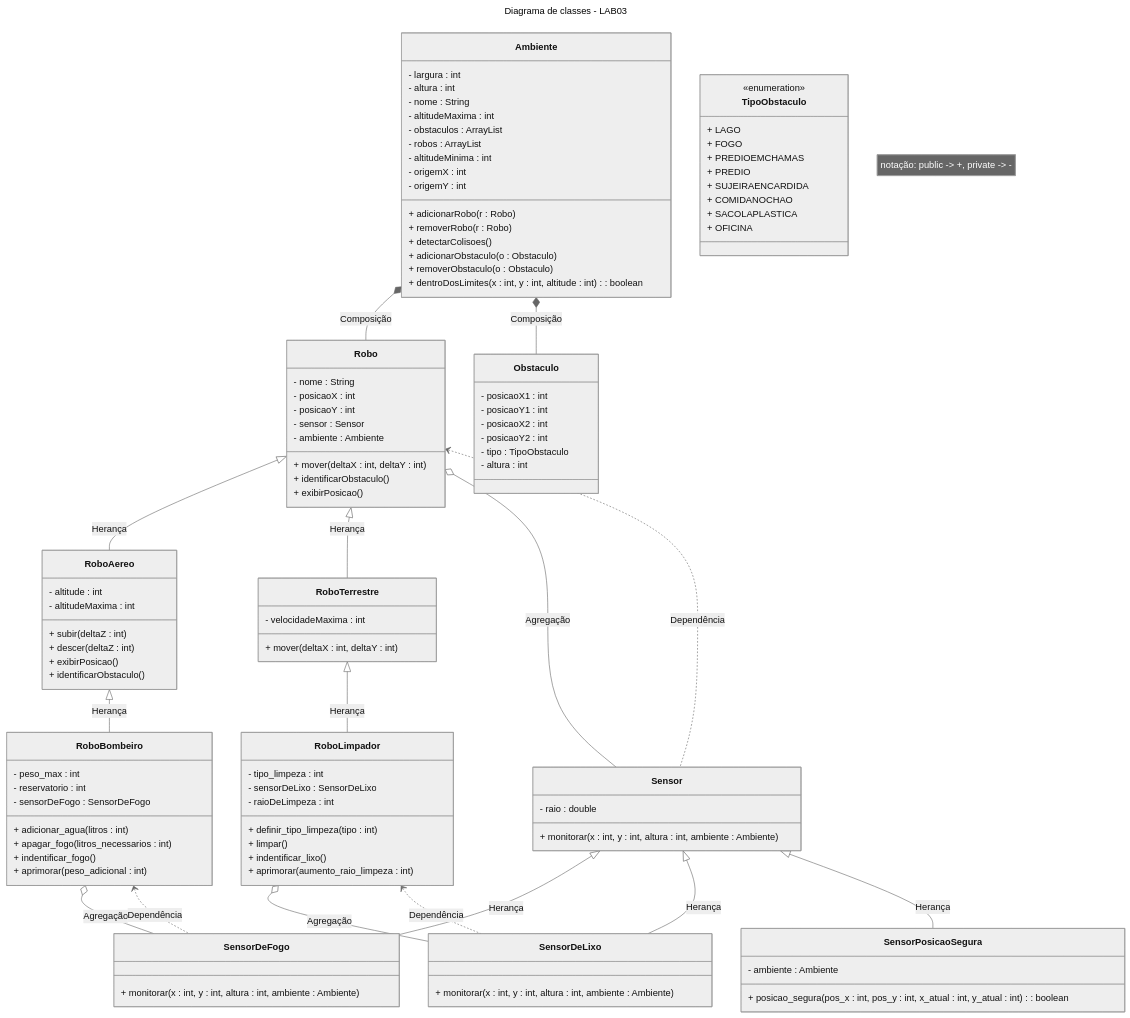
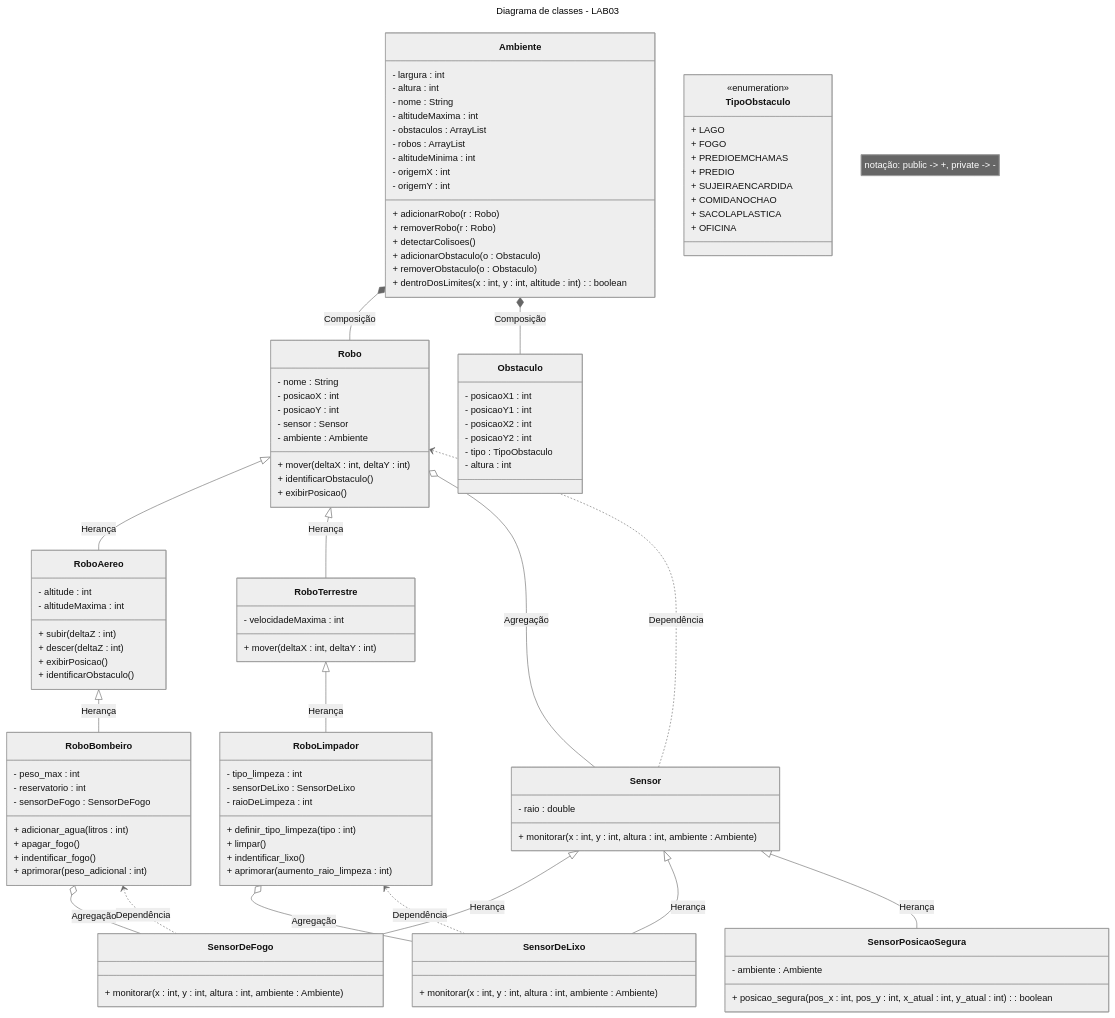
Before and after one commit to KauanAprigio/MC322: the diagram in README.md, drawn with Mermaid (neutral theme).

Commit message:
atualiza robo bombeiro no diagrama

```diff
--- a/README.md
+++ b/README.md
@@ -67,7 +67,7 @@
         - reservatorio : int
         - sensorDeFogo : SensorDeFogo
         + adicionar_agua(litros : int)
-        + apagar_fogo(litros_necessarios : int)
+        + apagar_fogo()
         + indentificar_fogo()
         + aprimorar(peso_adicional : int)
     }
```
